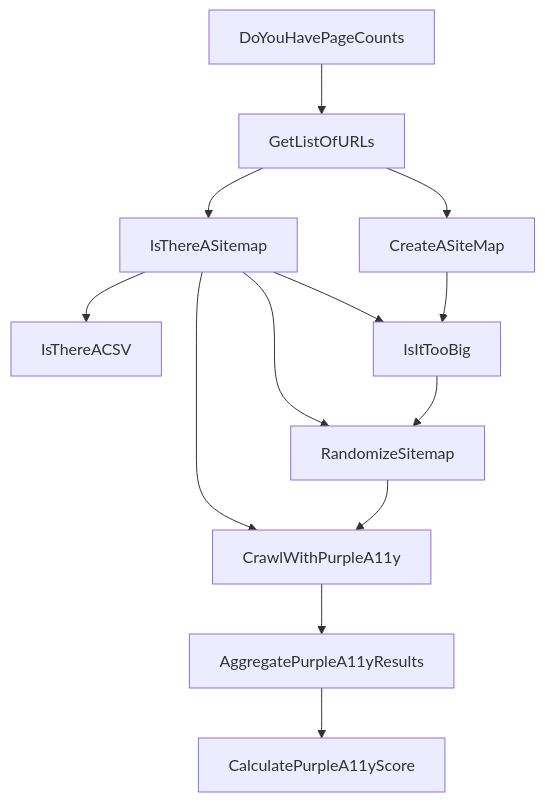
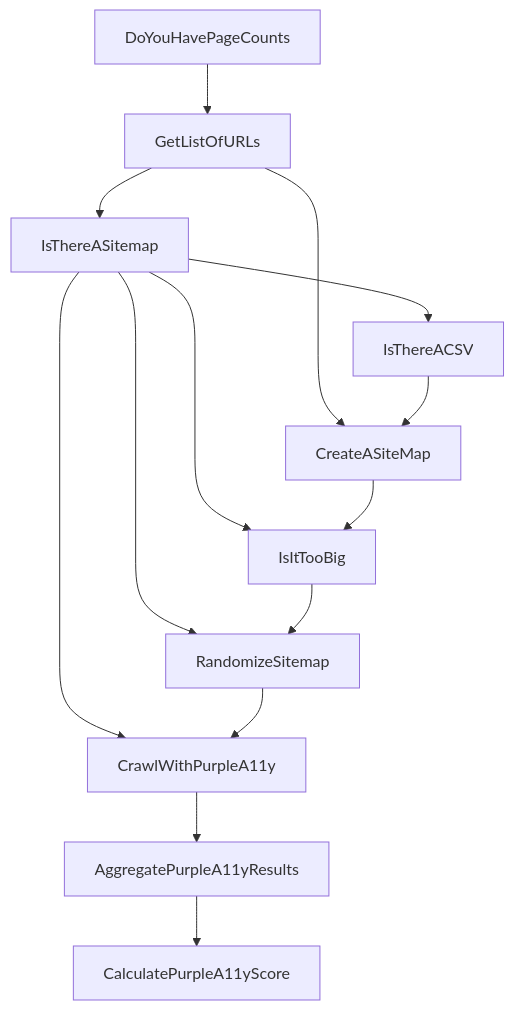
One commit to mgifford/purple-a11y changed the diagram in sitemap-tools/decision-tree.md. Above: the diagram before and after it, drawn with Mermaid.

````diff
--- a/sitemap-tools/decision-tree.md
+++ b/sitemap-tools/decision-tree.md
@@ -3,16 +3,17 @@
 ```mermaid
 graph TD;
     IsThereASitemap-->IsThereACSV;
     DoYouHavePageCounts-->GetListOfURLs;
     GetListOfURLs-->IsThereASitemap;
     GetListOfURLs-->CreateASiteMap;
+    IsThereACSV-->CreateASiteMap;
     IsThereASitemap-->CrawlWithPurpleA11y;
     IsThereASitemap-->IsItTooBig;
     IsThereASitemap-->RandomizeSitemap;
     CreateASiteMap-->IsItTooBig;
     IsItTooBig-->RandomizeSitemap;
     RandomizeSitemap-->CrawlWithPurpleA11y;
     CrawlWithPurpleA11y-->AggregatePurpleA11yResults;
     AggregatePurpleA11yResults-->CalculatePurpleA11yScore
 
 ```
````
